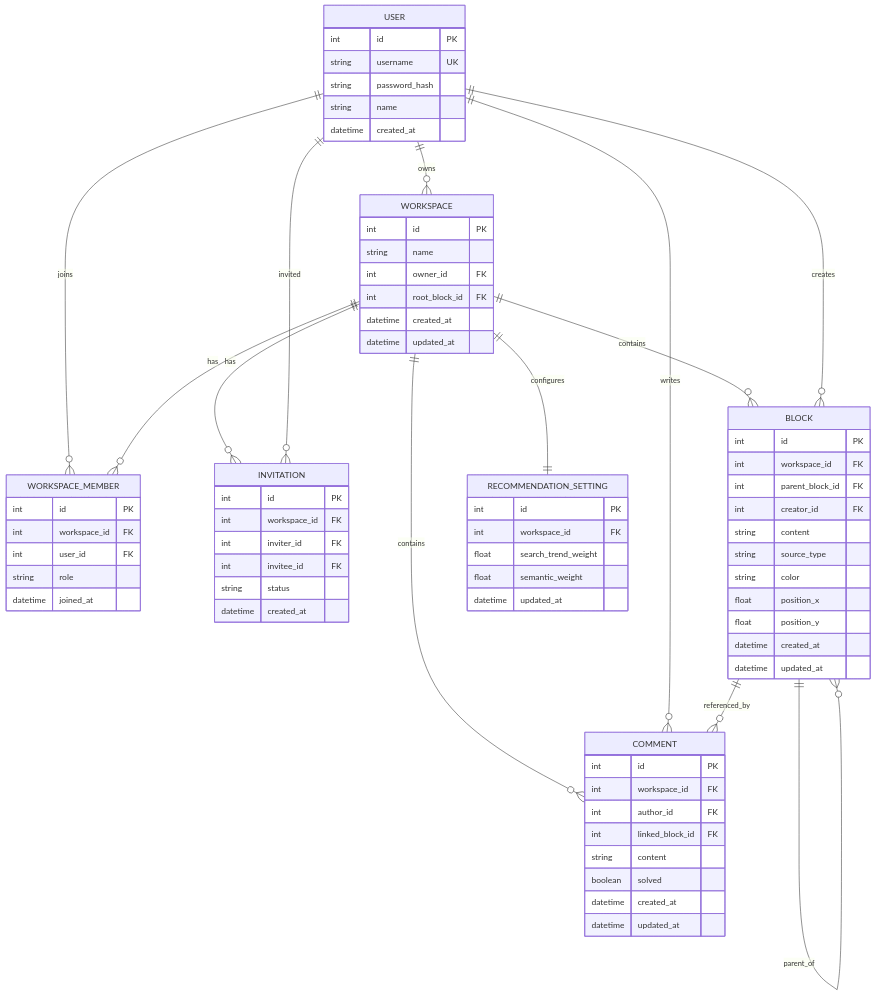
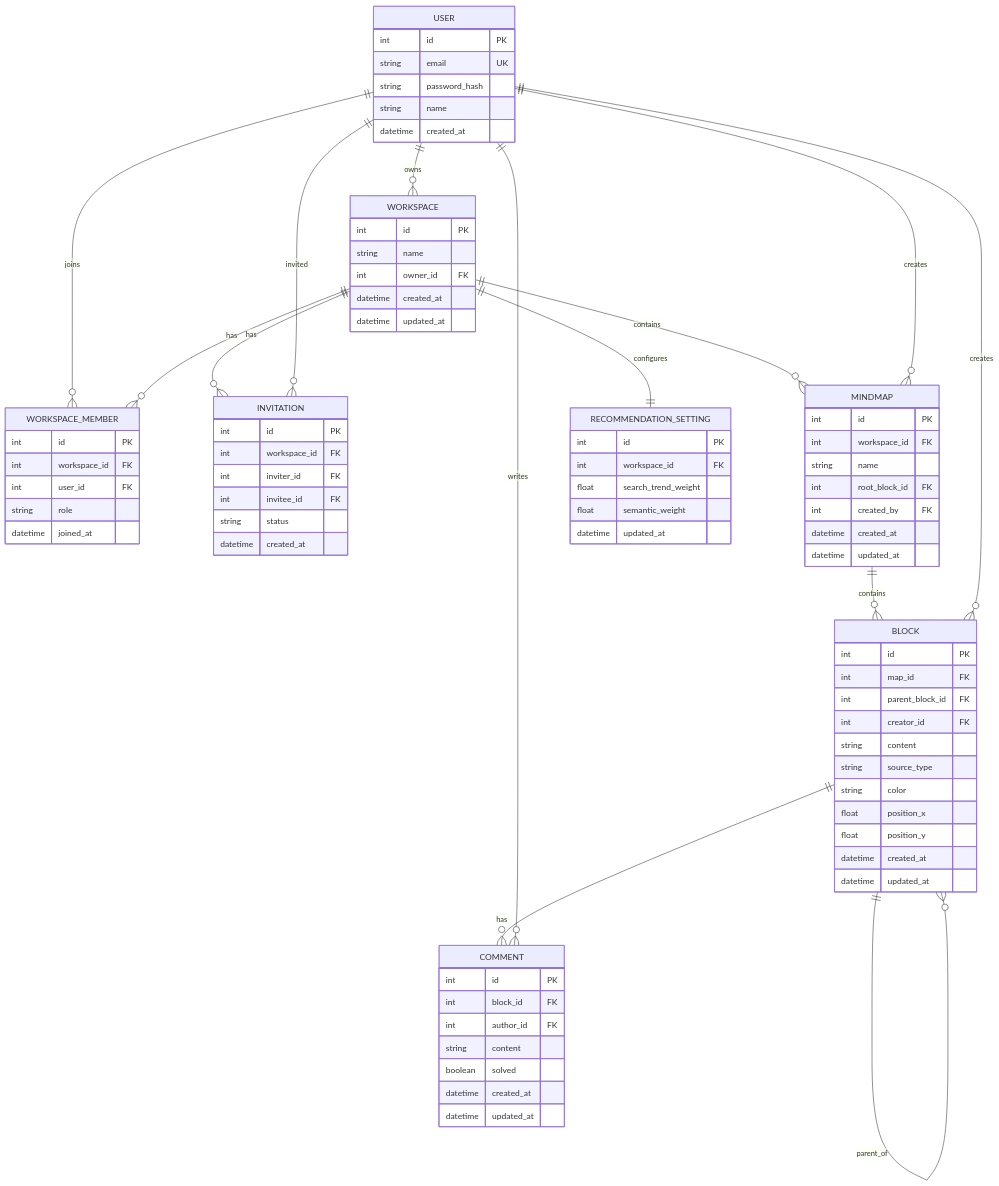
Before and after one commit to madcamp-official/26s-w1-c2-01: the diagram in README.md, drawn with Mermaid. The commit also changed other lines of this file and 8 other files, not shown here.

```diff
--- a/README.md
+++ b/README.md
@@ -68,17 +70,18 @@
     WORKSPACE ||--o{ WORKSPACE_MEMBER : has
     WORKSPACE ||--o{ INVITATION : has
     USER ||--o{ INVITATION : invited
-    WORKSPACE ||--o{ BLOCK : contains
+    WORKSPACE ||--o{ MINDMAP : contains
+    USER ||--o{ MINDMAP : creates
+    MINDMAP ||--o{ BLOCK : contains
     USER ||--o{ BLOCK : creates
     BLOCK ||--o{ BLOCK : parent_of
-    WORKSPACE ||--o{ COMMENT : contains
+    BLOCK ||--o{ COMMENT : has
     USER ||--o{ COMMENT : writes
-    BLOCK ||--o{ COMMENT : referenced_by
     WORKSPACE ||--|| RECOMMENDATION_SETTING : configures
 
     USER {
         int id PK
-        string username UK
+        string email UK
         string password_hash
         string name
         datetime created_at
@@ -87,7 +90,6 @@
         int id PK
         string name
         int owner_id FK
-        int root_block_id FK
         datetime created_at
         datetime updated_at
     }
@@ -106,9 +108,18 @@
         string status
         datetime created_at
     }
+    MINDMAP {
+        int id PK
+        int workspace_id FK
+        string name
+        int root_block_id FK
+        int created_by FK
+        datetime created_at
+        datetime updated_at
+    }
     BLOCK {
         int id PK
-        int workspace_id FK
+        int map_id FK
         int parent_block_id FK
         int creator_id FK
         string content
@@ -121,9 +132,8 @@
     }
     COMMENT {
         int id PK
-        int workspace_id FK
+        int block_id FK
         int author_id FK
-        int linked_block_id FK
         string content
         boolean solved
         datetime created_at
```
